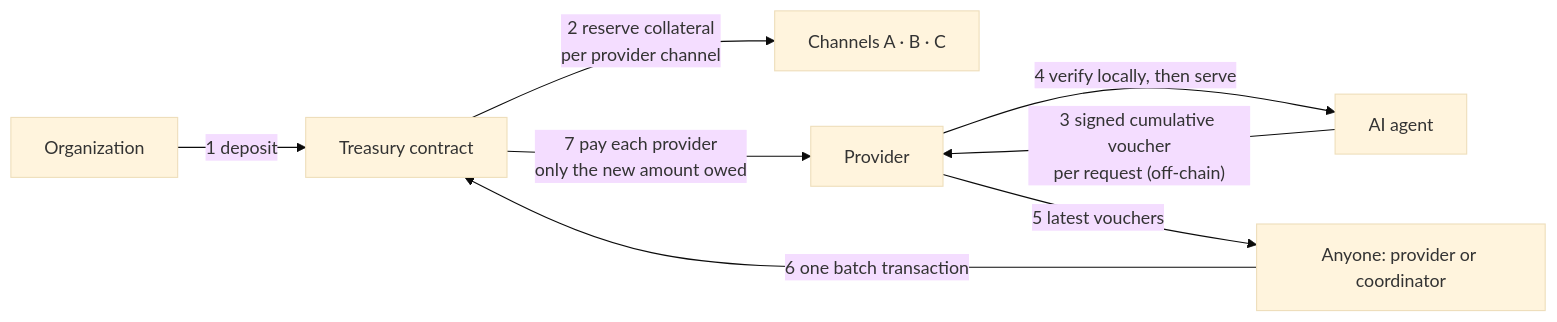
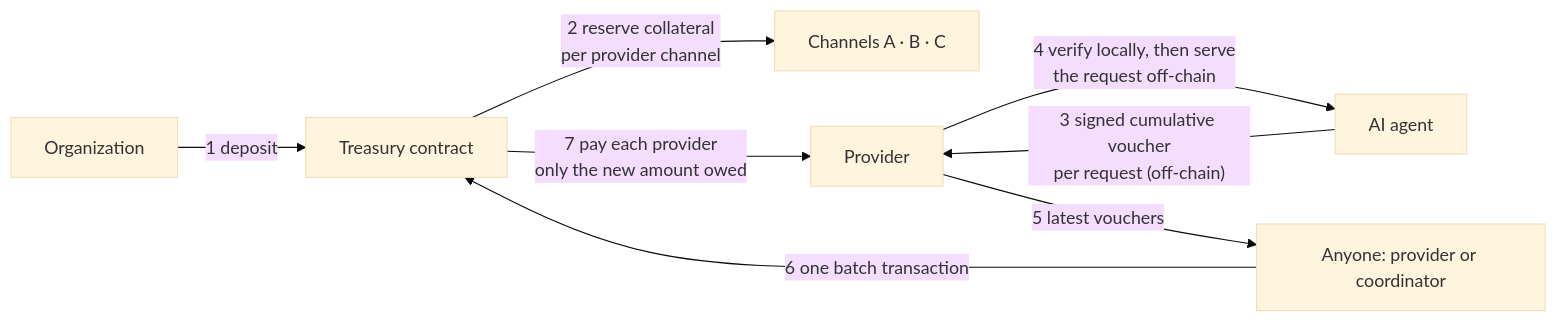
The diagram in README.md (agentbatch/agentbatch), drawn with Mermaid (base theme) before and after one commit. The commit also changed other lines of this file and 8 other files, not shown here.

First line of the commit message:
docs: refine architecture and open-source maintenance

````diff
--- a/README.md
+++ b/README.md
@@ -40,10 +41,10 @@
 ```mermaid
 flowchart LR
     O["Organization"] -->|"1 deposit"| T["Treasury contract"]
     T -->|"2 reserve collateral<br/>per provider channel"| C["Channels A · B · C"]
     AG["AI agent"] -->|"3 signed cumulative voucher<br/>per request (off-chain)"| P["Provider"]
-    P -->|"4 verify locally, then serve"| AG
+    P -->|"4 verify locally, then serve<br/>the request off-chain"| AG
     P -->|"5 latest vouchers"| K["Anyone: provider or coordinator"]
     K -->|"6 one batch transaction"| T
     T -->|"7 pay each provider<br/>only the new amount owed"| P
 ```
````
